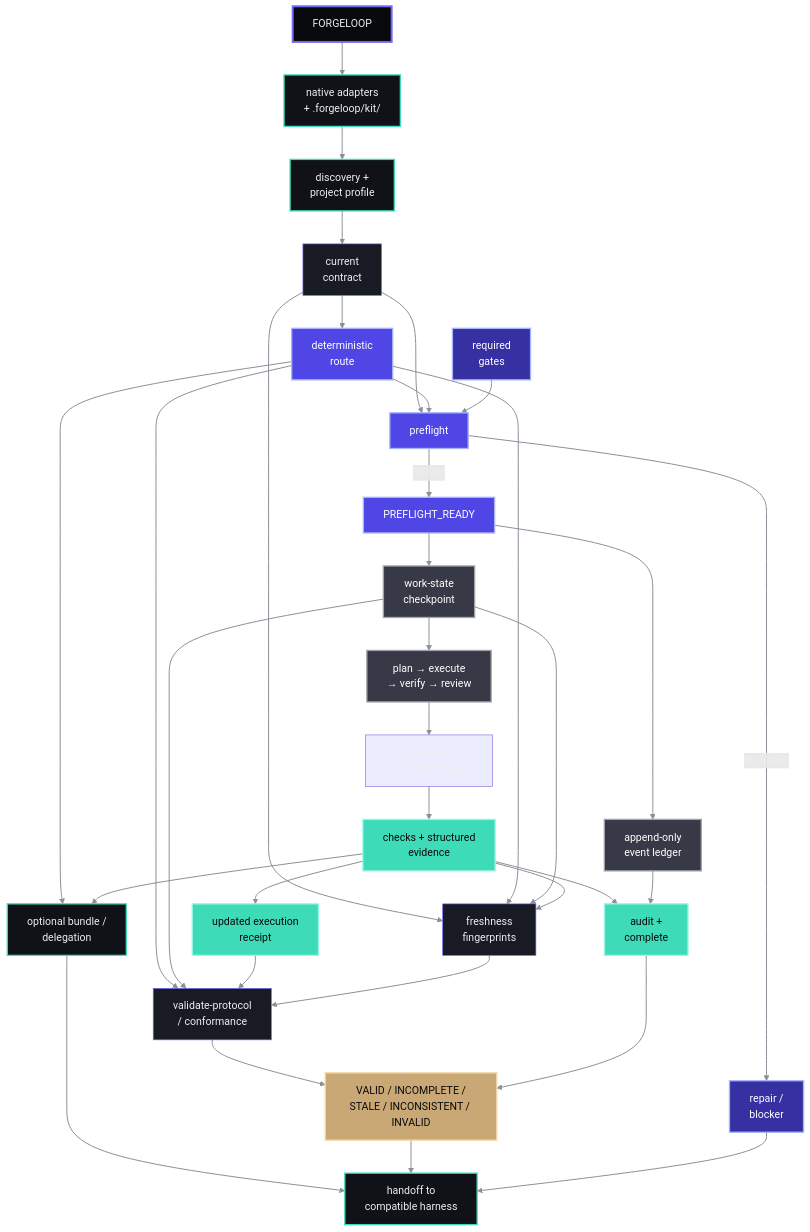
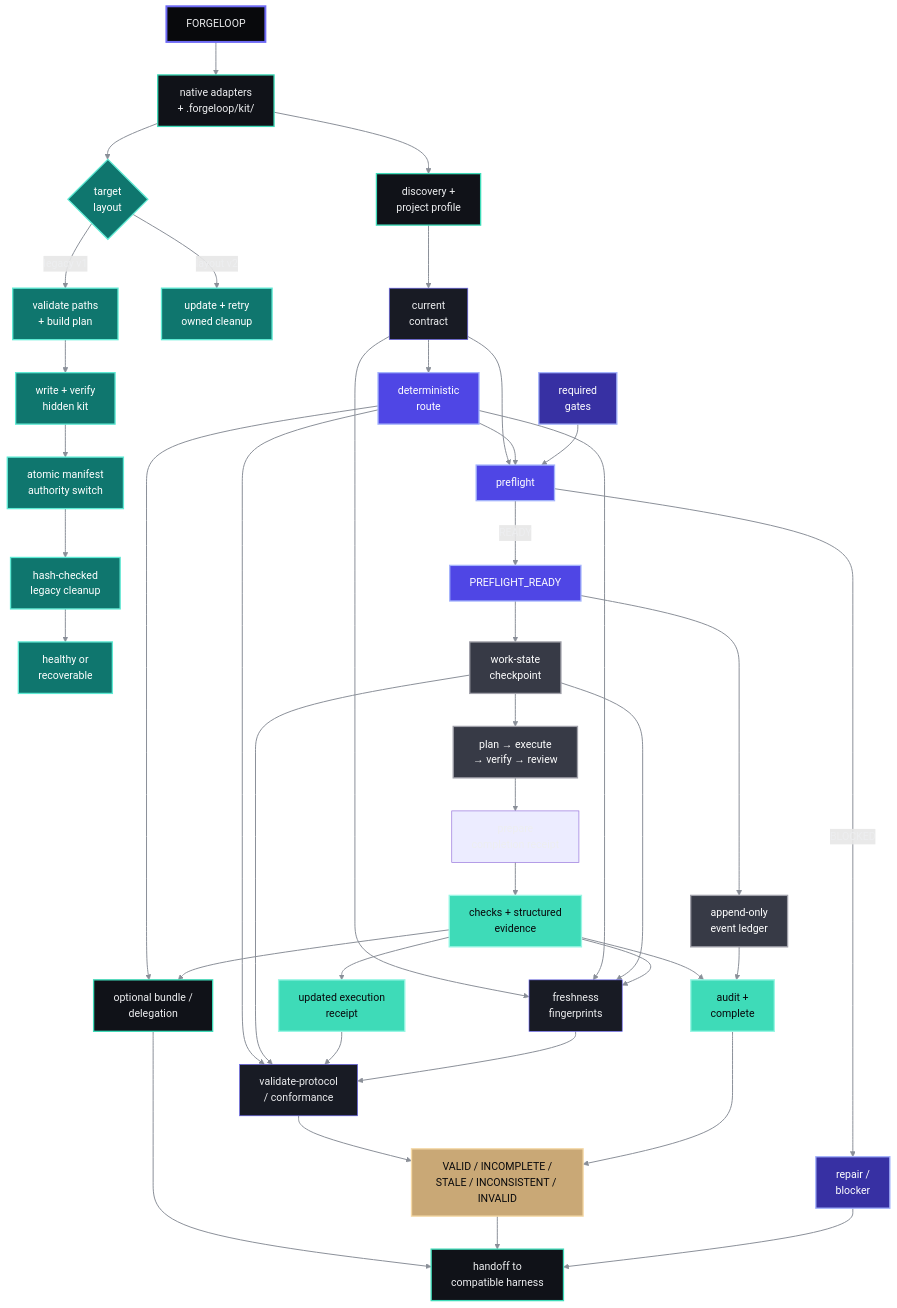
The diagram in README.md (cassiomc1/ForgeLoop), drawn with Mermaid before and after one commit. The commit also changed other lines of this file and 57 other files, not shown here.

Commit message:
Harden legacy migration recovery and release identity

````diff
--- a/README.md
+++ b/README.md
@@ -57,62 +57,71 @@
 ```mermaid
 flowchart TB
   root["FORGELOOP"]
 
   root --> entry["native adapters<br/>+ .forgeloop/kit/"]
+  entry --> migration{"target<br/>layout"}
+  migration -->|legacy v1| plan["validate paths<br/>+ build plan"]
+  plan --> hidden["write + verify<br/>hidden kit"]
+  hidden --> authority["atomic manifest<br/>authority switch"]
+  authority --> cleanup["hash-checked<br/>legacy cleanup"]
+  cleanup --> recovered["healthy or<br/>recoverable"]
+  migration -->|layout v2| retry["update + retry<br/>owned cleanup"]
   entry --> discovery["discovery +<br/>project profile"]
   discovery --> contract["current<br/>contract"]
   contract --> routing["deterministic<br/>route"]
 
   contract --> preflight["preflight"]
   routing --> preflight
   gates["required<br/>gates"] --> preflight
   preflight -->|READY| ready["PREFLIGHT_READY"]
   preflight -->|BLOCKED| blocker["repair /<br/>blocker"]
 
   ready --> state["work-state<br/>checkpoint"]
   ready --> events["append-only<br/>event ledger"]
   state --> lifecycle["plan → execute<br/>→ verify → review"]
   lifecycle --> prepare["prepare<br/>completion receipt"]
   prepare --> checks["checks + structured<br/>evidence"]
   checks --> receipt["updated execution<br/>receipt"]
   checks --> audit["audit +<br/>complete"]
   events --> audit
 
   contract --> freshness["freshness<br/>fingerprints"]
   routing --> freshness
   state --> freshness
   checks --> freshness
   routing --> conformance["validate-protocol<br/>/ conformance"]
   state --> conformance
   receipt --> conformance
   freshness --> conformance
   conformance --> verdict["VALID / INCOMPLETE /<br/>STALE / INCONSISTENT / INVALID"]
   audit --> verdict
 
   routing --> delegation["optional bundle /<br/>delegation"]
   checks --> delegation
   delegation --> handoff["handoff to<br/>compatible harness"]
   verdict --> handoff
   blocker --> handoff
 
   classDef root fill:#08090C,stroke:#6E6AF5,stroke-width:3px,color:#EDEEF0;
   classDef entry fill:#101218,stroke:#3EDBB8,stroke-width:2px,color:#EDEEF0;
+  classDef migration fill:#0F766E,stroke:#5EEAD4,stroke-width:2px,color:#FFFFFF;
   classDef routing fill:#4F46E5,stroke:#A5B4FC,stroke-width:2px,color:#FFFFFF;
   classDef state fill:#373A46,stroke:#A1A1AA,stroke-width:2px,color:#FFFFFF;
   classDef evidence fill:#3EDBB8,stroke:#99F6E4,stroke-width:2px,color:#08090C;
   classDef fact fill:#181B24,stroke:#6E6AF5,stroke-width:1px,color:#EDEEF0;
   classDef gate fill:#3730A3,stroke:#A5B4FC,stroke-width:2px,color:#FFFFFF;
   classDef result fill:#C9A876,stroke:#F5D9A6,stroke-width:2px,color:#08090C;
   classDef harness fill:#101218,stroke:#3EDBB8,stroke-width:2px,color:#EDEEF0;
 
   class root root;
   class entry,discovery,delegation entry;
+  class migration,plan,hidden,authority,cleanup,recovered,retry migration;
   class routing,preflight,ready routing;
   class state,events,lifecycle state;
   class checks,receipt,audit evidence;
   class contract,freshness,conformance fact;
   class gates,blocker gate;
   class verdict result;
   class handoff harness;
   linkStyle default stroke:#8A8F98,stroke-width:1.5px;
 ```
````
